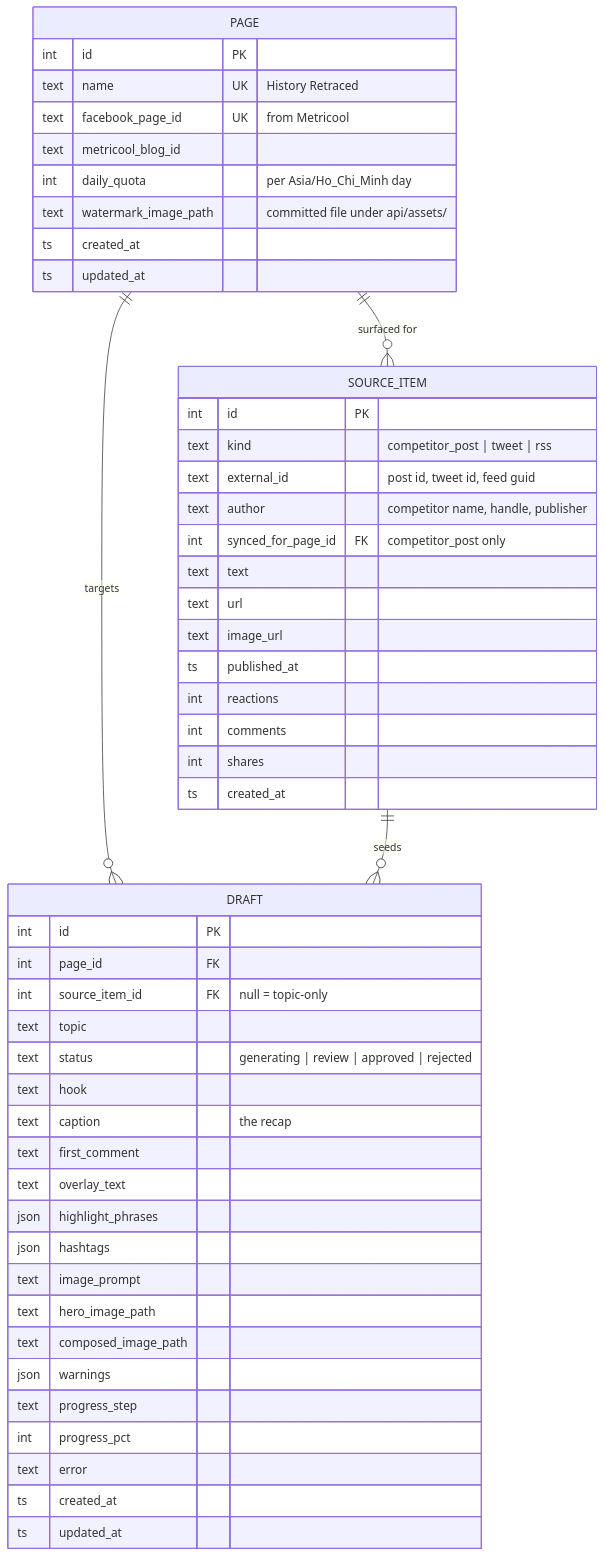
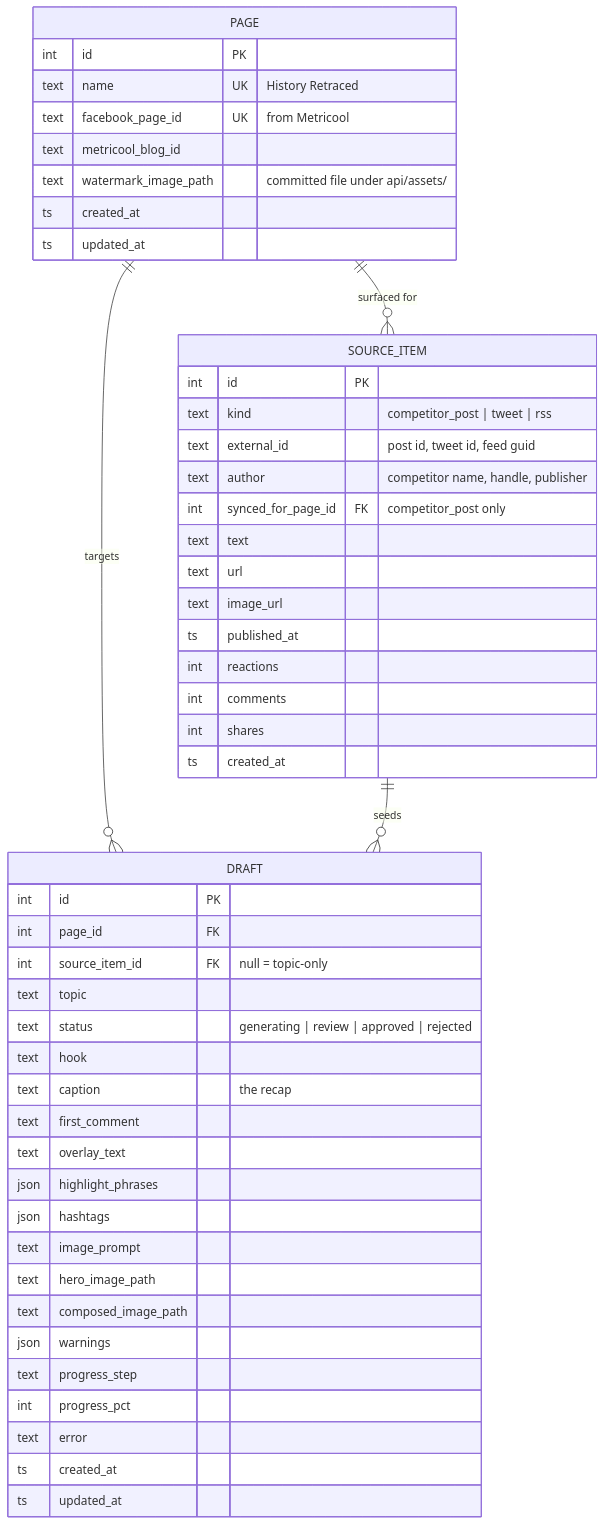
Before and after one commit to nauqh/fb-agent: the diagram in docs/data-model.md, drawn with Mermaid. The commit also changed other lines of this file and 20 other files, not shown here.

````diff
--- a/docs/data-model.md
+++ b/docs/data-model.md
@@ -44,56 +44,55 @@
 ```mermaid
 erDiagram
     PAGE ||--o{ DRAFT : "targets"
     PAGE ||--o{ SOURCE_ITEM : "surfaced for"
     SOURCE_ITEM ||--o{ DRAFT : "seeds"
 
     PAGE {
         int id PK
         text name UK "History Retraced"
         text facebook_page_id UK "from Metricool"
         text metricool_blog_id
-        int daily_quota "per Asia/Ho_Chi_Minh day"
         text watermark_image_path "committed file under api/assets/"
         ts created_at
         ts updated_at
     }
 
     SOURCE_ITEM {
         int id PK
         text kind "competitor_post | tweet | rss"
         text external_id "post id, tweet id, feed guid"
         text author "competitor name, handle, publisher"
         int synced_for_page_id FK "competitor_post only"
         text text
         text url
         text image_url
         ts published_at
         int reactions
         int comments
         int shares
         ts created_at
     }
 
     DRAFT {
         int id PK
         int page_id FK
         int source_item_id FK "null = topic-only"
         text topic
         text status "generating | review | approved | rejected"
         text hook
         text caption "the recap"
         text first_comment
         text overlay_text
         json highlight_phrases
         json hashtags
         text image_prompt
         text hero_image_path
         text composed_image_path
         json warnings
         text progress_step
         int progress_pct
         text error
         ts created_at
         ts updated_at
     }
 ```
````
